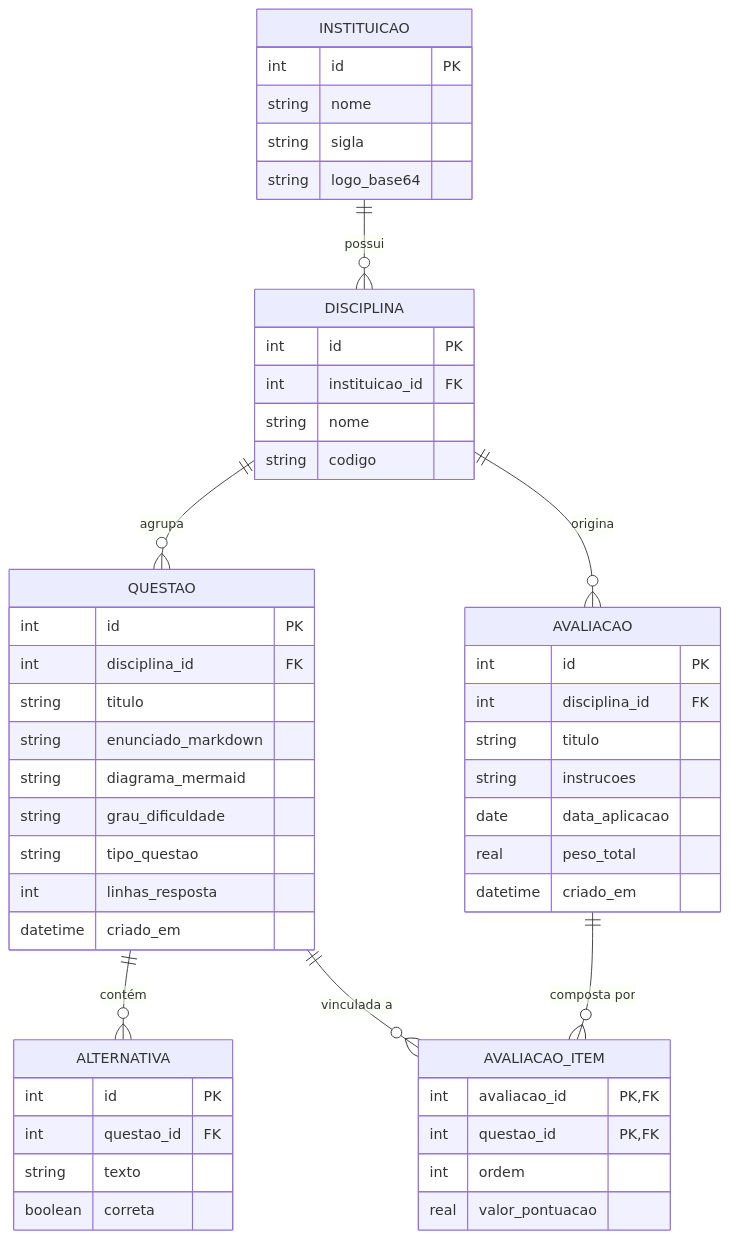
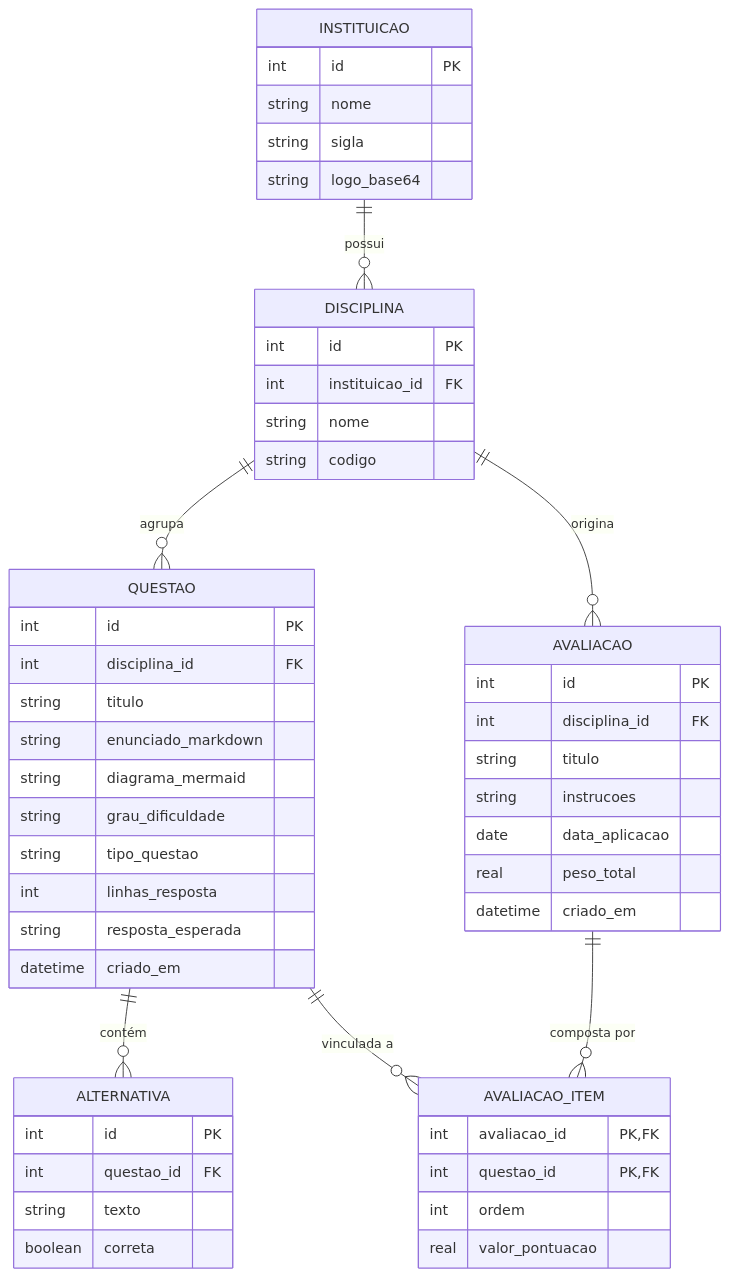
Before and after one commit to maromo71/sisprova: the second of 2 diagrams in ESPECIFICACAO.md, drawn with Mermaid. The commit also changed other lines of this file and 31 other files, not shown here.

````diff
--- a/ESPECIFICACAO.md
+++ b/ESPECIFICACAO.md
@@ -85,59 +103,60 @@
 ```mermaid
 erDiagram
     INSTITUICAO ||--o{ DISCIPLINA : "possui"
     DISCIPLINA ||--o{ QUESTAO : "agrupa"
     DISCIPLINA ||--o{ AVALIACAO : "origina"
     QUESTAO ||--o{ ALTERNATIVA : "contém"
     AVALIACAO ||--o{ AVALIACAO_ITEM : "composta por"
     QUESTAO ||--o{ AVALIACAO_ITEM : "vinculada a"
 
     INSTITUICAO {
         int id PK
         string nome
         string sigla
         string logo_base64
     }
 
     DISCIPLINA {
         int id PK
         int instituicao_id FK
         string nome
         string codigo
     }
 
     QUESTAO {
         int id PK
         int disciplina_id FK
         string titulo
         string enunciado_markdown
         string diagrama_mermaid
         string grau_dificuldade
         string tipo_questao
         int linhas_resposta
+        string resposta_esperada
         datetime criado_em
     }
 
     ALTERNATIVA {
         int id PK
         int questao_id FK
         string texto
         boolean correta
     }
 
     AVALIACAO {
         int id PK
         int disciplina_id FK
         string titulo
         string instrucoes
         date data_aplicacao
         real peso_total
         datetime criado_em
     }
 
     AVALIACAO_ITEM {
         int avaliacao_id PK,FK
         int questao_id PK,FK
         int ordem
         real valor_pontuacao
     }
 ```
````
